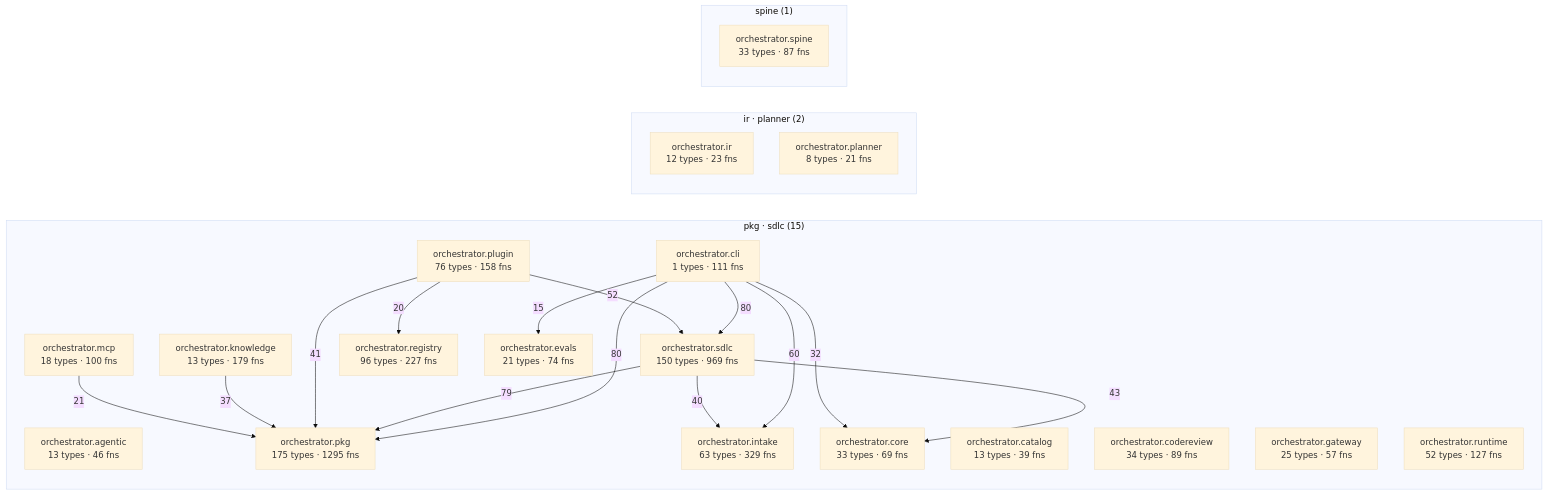
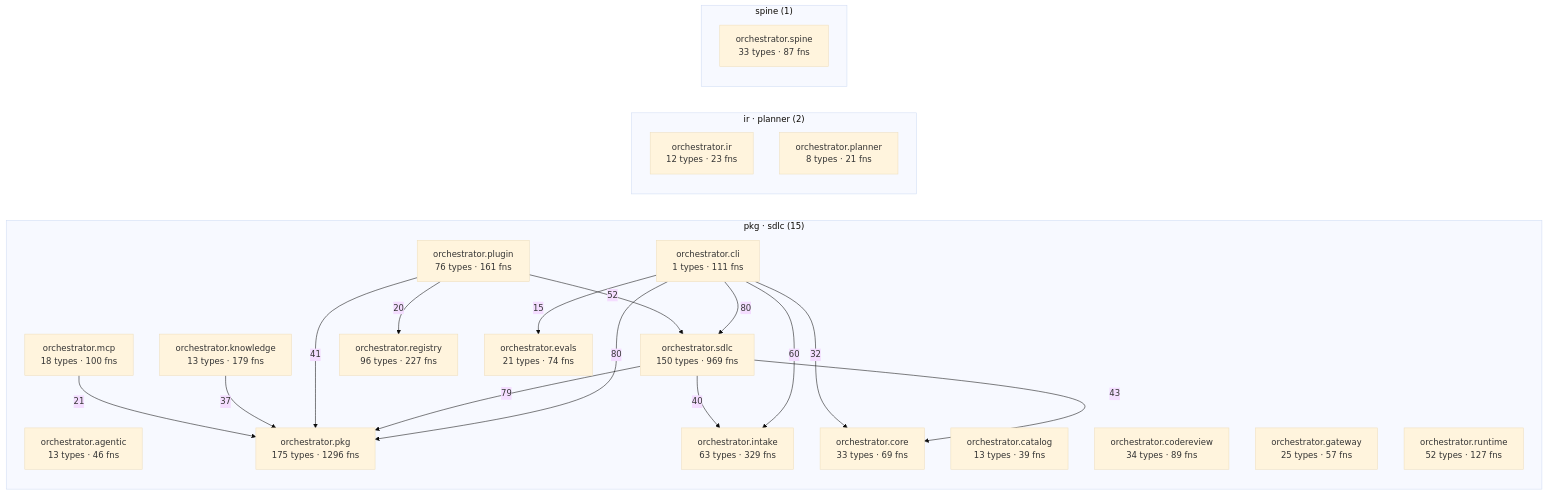
One commit to synaptixs/spine changed the diagram in episteme/architecture.md. Above: the diagram before and after it, drawn with Mermaid (base theme). The commit also changed other lines of this file and 15 other files, not shown here.

````diff
--- a/episteme/architecture.md
+++ b/episteme/architecture.md
@@ -56,40 +56,40 @@
 ```mermaid
 flowchart LR
   subgraph c_2["pkg · sdlc (15)"]
     aorchestratoragentic["orchestrator.agentic<br/>13 types · 46 fns"]
     aorchestratorcatalog["orchestrator.catalog<br/>13 types · 39 fns"]
     aorchestratorcli["orchestrator.cli<br/>1 types · 111 fns"]
     aorchestratorcodereview["orchestrator.codereview<br/>34 types · 89 fns"]
     aorchestratorcore["orchestrator.core<br/>33 types · 69 fns"]
     aorchestratorevals["orchestrator.evals<br/>21 types · 74 fns"]
     aorchestratorgateway["orchestrator.gateway<br/>25 types · 57 fns"]
     aorchestratorintake["orchestrator.intake<br/>63 types · 329 fns"]
     aorchestratorknowledge["orchestrator.knowledge<br/>13 types · 179 fns"]
     aorchestratormcp["orchestrator.mcp<br/>18 types · 100 fns"]
-    aorchestratorpkg["orchestrator.pkg<br/>175 types · 1295 fns"]
-    aorchestratorplugin["orchestrator.plugin<br/>76 types · 158 fns"]
+    aorchestratorpkg["orchestrator.pkg<br/>175 types · 1296 fns"]
+    aorchestratorplugin["orchestrator.plugin<br/>76 types · 161 fns"]
     aorchestratorregistry["orchestrator.registry<br/>96 types · 227 fns"]
     aorchestratorruntime["orchestrator.runtime<br/>52 types · 127 fns"]
     aorchestratorsdlc["orchestrator.sdlc<br/>150 types · 969 fns"]
   end
   subgraph c_5["ir · planner (2)"]
     aorchestratorir["orchestrator.ir<br/>12 types · 23 fns"]
     aorchestratorplanner["orchestrator.planner<br/>8 types · 21 fns"]
   end
   subgraph c_10["spine (1)"]
     aorchestratorspine["orchestrator.spine<br/>33 types · 87 fns"]
   end
   aorchestratorcli -->|80| aorchestratorpkg
   aorchestratorcli -->|80| aorchestratorsdlc
   aorchestratorsdlc -->|79| aorchestratorpkg
   aorchestratorcli -->|60| aorchestratorintake
   aorchestratorplugin -->|52| aorchestratorsdlc
   aorchestratorsdlc -->|43| aorchestratorcore
   aorchestratorplugin -->|41| aorchestratorpkg
   aorchestratorsdlc -->|40| aorchestratorintake
   aorchestratorknowledge -->|37| aorchestratorpkg
   aorchestratorcli -->|32| aorchestratorcore
   aorchestratormcp -->|21| aorchestratorpkg
   aorchestratorplugin -->|20| aorchestratorregistry
   aorchestratorcli -->|15| aorchestratorevals
 ```
````
